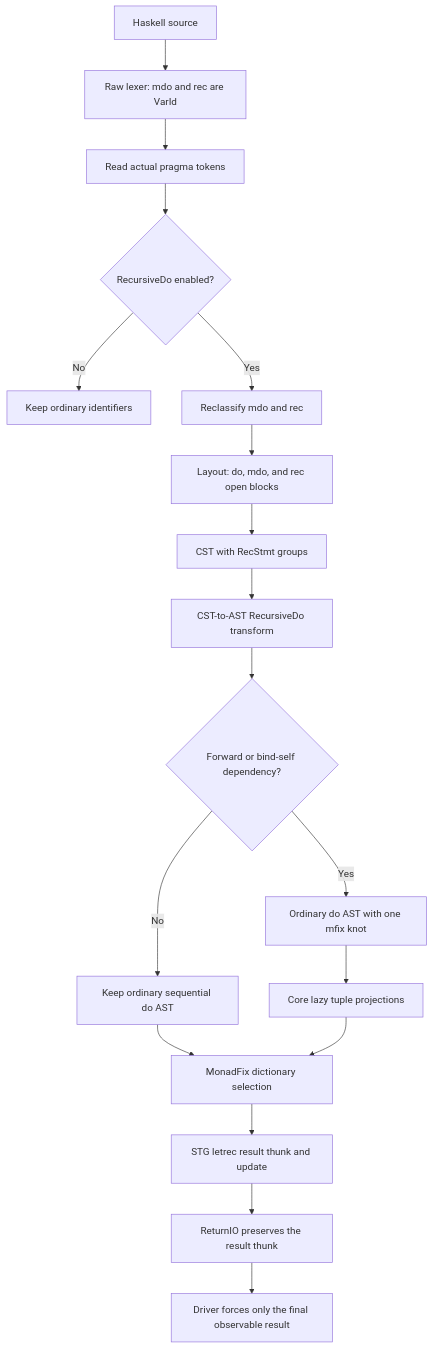
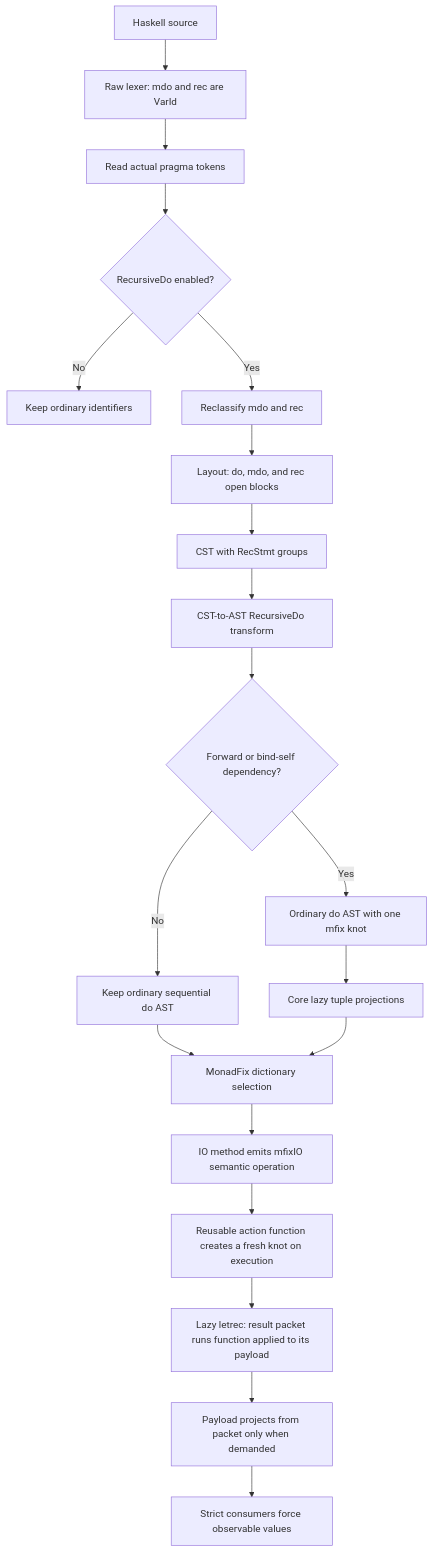
The diagram in spec-chirho/workflows-chirho/recursive-do-chirho.md (loveJesus/haskelujah-chirho), drawn with Mermaid before and after one commit. The commit also changed other lines of this file and 31 other files, not shown here.

First line of the commit message:
Repair primitive, IO knot, and dictionary execution boundaries

````diff
--- a/spec-chirho/workflows-chirho/recursive-do-chirho.md
+++ b/spec-chirho/workflows-chirho/recursive-do-chirho.md
@@ -8,20 +8,22 @@
 ```mermaid
 flowchart TD
     source_chirho[Haskell source] --> raw_lexer_chirho[Raw lexer: mdo and rec are VarId]
     raw_lexer_chirho --> pragma_tokens_chirho[Read actual pragma tokens]
     pragma_tokens_chirho --> extension_state_chirho{RecursiveDo enabled?}
     extension_state_chirho -->|No| ordinary_tokens_chirho[Keep ordinary identifiers]
     extension_state_chirho -->|Yes| contextual_tokens_chirho[Reclassify mdo and rec]
     contextual_tokens_chirho --> layout_chirho[Layout: do, mdo, and rec open blocks]
     layout_chirho --> cst_chirho[CST with RecStmt groups]
     cst_chirho --> ast_transform_chirho[CST-to-AST RecursiveDo transform]
     ast_transform_chirho --> dependency_check_chirho{Forward or bind-self dependency?}
     dependency_check_chirho -->|No| sequential_do_chirho[Keep ordinary sequential do AST]
     dependency_check_chirho -->|Yes| mfix_knot_chirho[Ordinary do AST with one mfix knot]
     sequential_do_chirho --> monadfix_dict_chirho
     mfix_knot_chirho --> lazy_projection_chirho[Core lazy tuple projections]
     lazy_projection_chirho --> monadfix_dict_chirho[MonadFix dictionary selection]
-    monadfix_dict_chirho --> stg_knot_chirho[STG letrec result thunk and update]
-    stg_knot_chirho --> lazy_return_chirho[ReturnIO preserves the result thunk]
-    lazy_return_chirho --> observable_result_chirho[Driver forces only the final observable result]
+    monadfix_dict_chirho --> action_chirho[IO method emits mfixIO semantic operation]
+    action_chirho --> execute_chirho[Reusable action function creates a fresh knot on execution]
+    execute_chirho --> stg_knot_chirho[Lazy letrec: result packet runs function applied to its payload]
+    stg_knot_chirho --> lazy_return_chirho[Payload projects from packet only when demanded]
+    lazy_return_chirho --> observable_result_chirho[Strict consumers force observable values]
 ```
````
